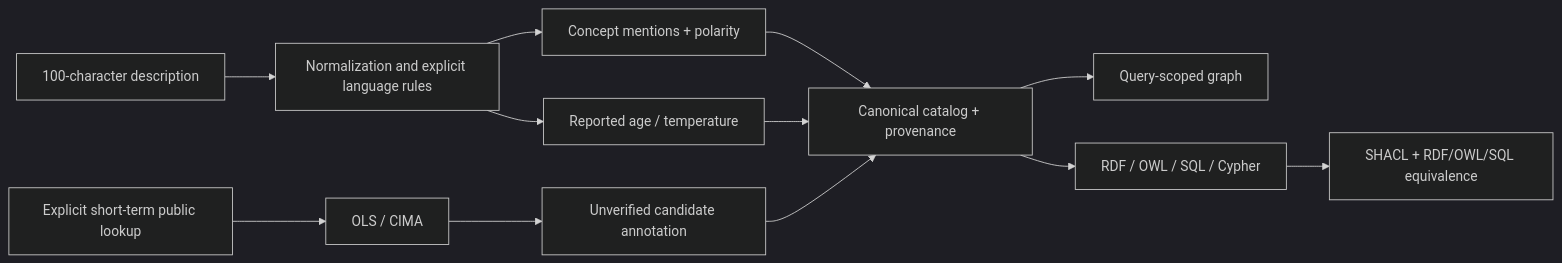
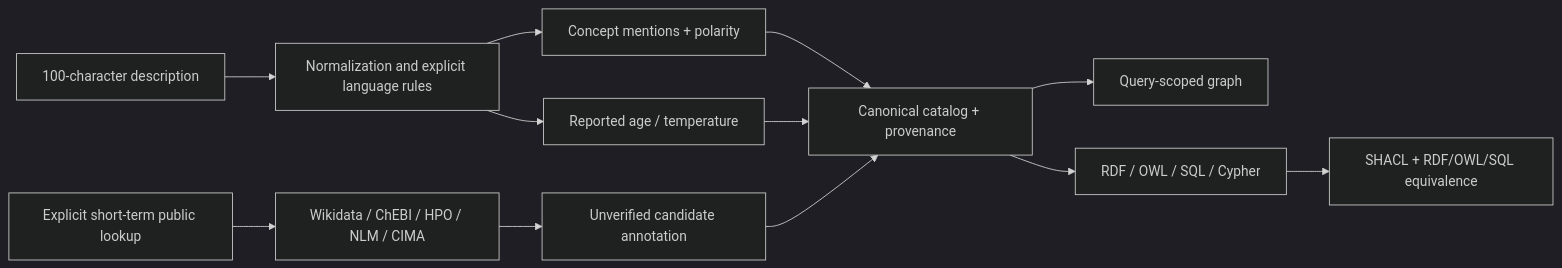
The diagram in docs/en/architecture.md (beabustor/knowledge_engineer), drawn with Mermaid (dark theme) before and after one commit. The commit also changed other lines of this file and 27 other files, not shown here.

````diff
--- a/docs/en/architecture.md
+++ b/docs/en/architecture.md
@@ -5,14 +5,14 @@
 ```mermaid
 flowchart LR
  A[100-character description] --> B[Normalization and explicit language rules]
  B --> C[Concept mentions + polarity]
  B --> D[Reported age / temperature]
  C --> E[Canonical catalog + provenance]
  D --> E
  E --> F[Query-scoped graph]
  E --> G[RDF / OWL / SQL / Cypher]
- H[Explicit short-term public lookup] --> I[OLS / CIMA]
+ H[Explicit short-term public lookup] --> I[Wikidata / ChEBI / HPO / NLM / CIMA]
  I --> J[Unverified candidate annotation]
  J --> E
  G --> K[SHACL + RDF/OWL/SQL equivalence]
 ```
````
